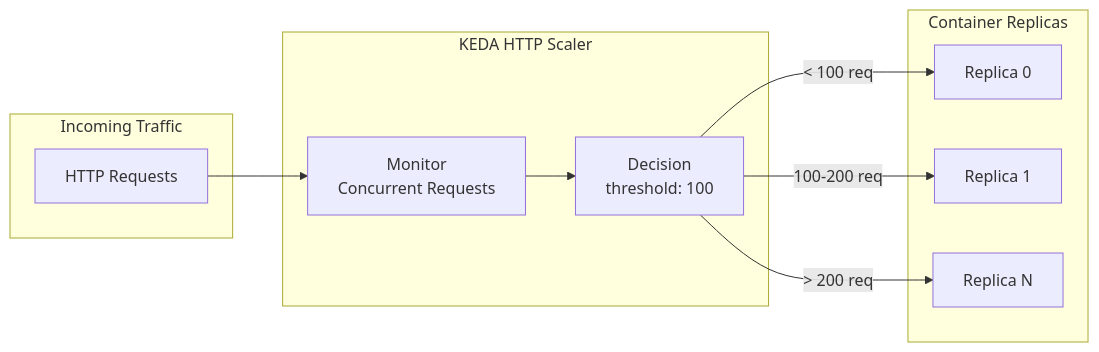
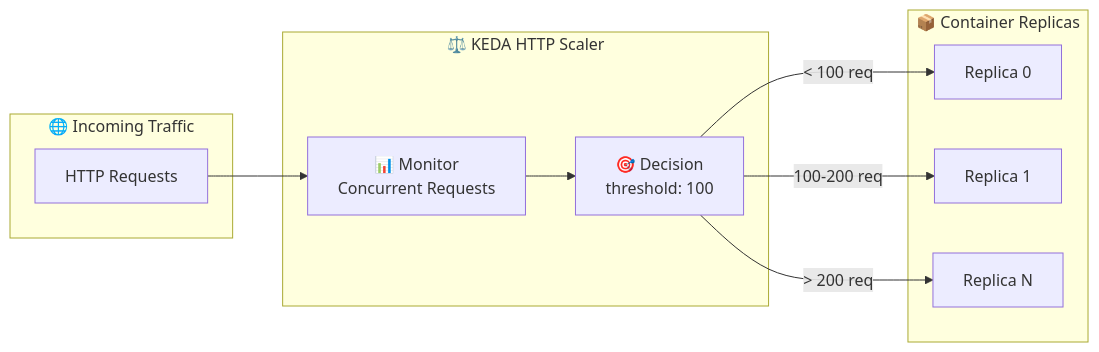
Before and after one commit to fgarofalo56/azure-dab-fullstack-demo: the first of 2 diagrams in docs/auto-scaling-guide.md, drawn with Mermaid. The commit also changed other lines of this file and 12 other files, not shown here.

````diff
--- a/docs/auto-scaling-guide.md
+++ b/docs/auto-scaling-guide.md
@@ -61,23 +67,23 @@
 ```mermaid
 flowchart LR
-    subgraph Traffic["Incoming Traffic"]
+    subgraph Traffic["🌐 Incoming Traffic"]
         R["HTTP Requests"]
     end
 
-    subgraph Scaler["KEDA HTTP Scaler"]
-        M["Monitor<br/>Concurrent Requests"]
-        D["Decision<br/>threshold: 100"]
+    subgraph Scaler["⚖️ KEDA HTTP Scaler"]
+        M["📊 Monitor<br/>Concurrent Requests"]
+        D["🎯 Decision<br/>threshold: 100"]
     end
 
-    subgraph Replicas["Container Replicas"]
+    subgraph Replicas["📦 Container Replicas"]
         R0["Replica 0"]
         R1["Replica 1"]
         RN["Replica N"]
     end
 
     R --> M
     M --> D
     D -->|"< 100 req"| R0
     D -->|"100-200 req"| R1
     D -->|"> 200 req"| RN
 ```
````
